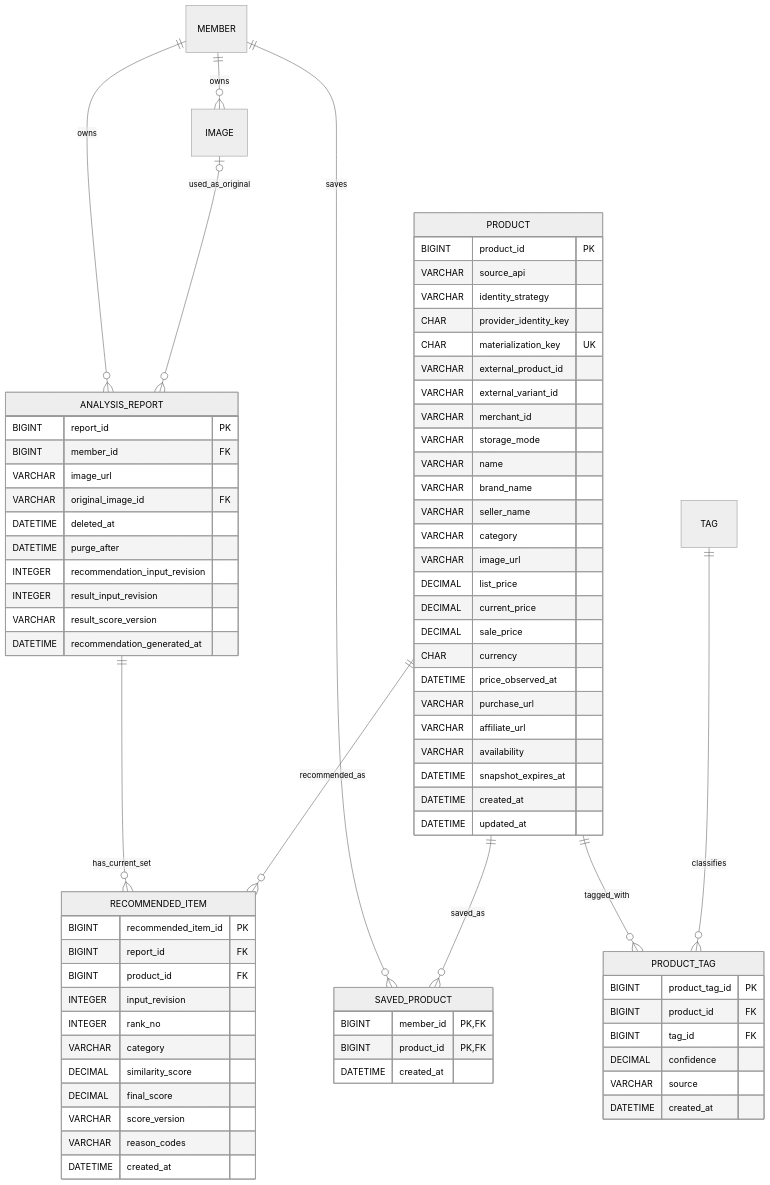
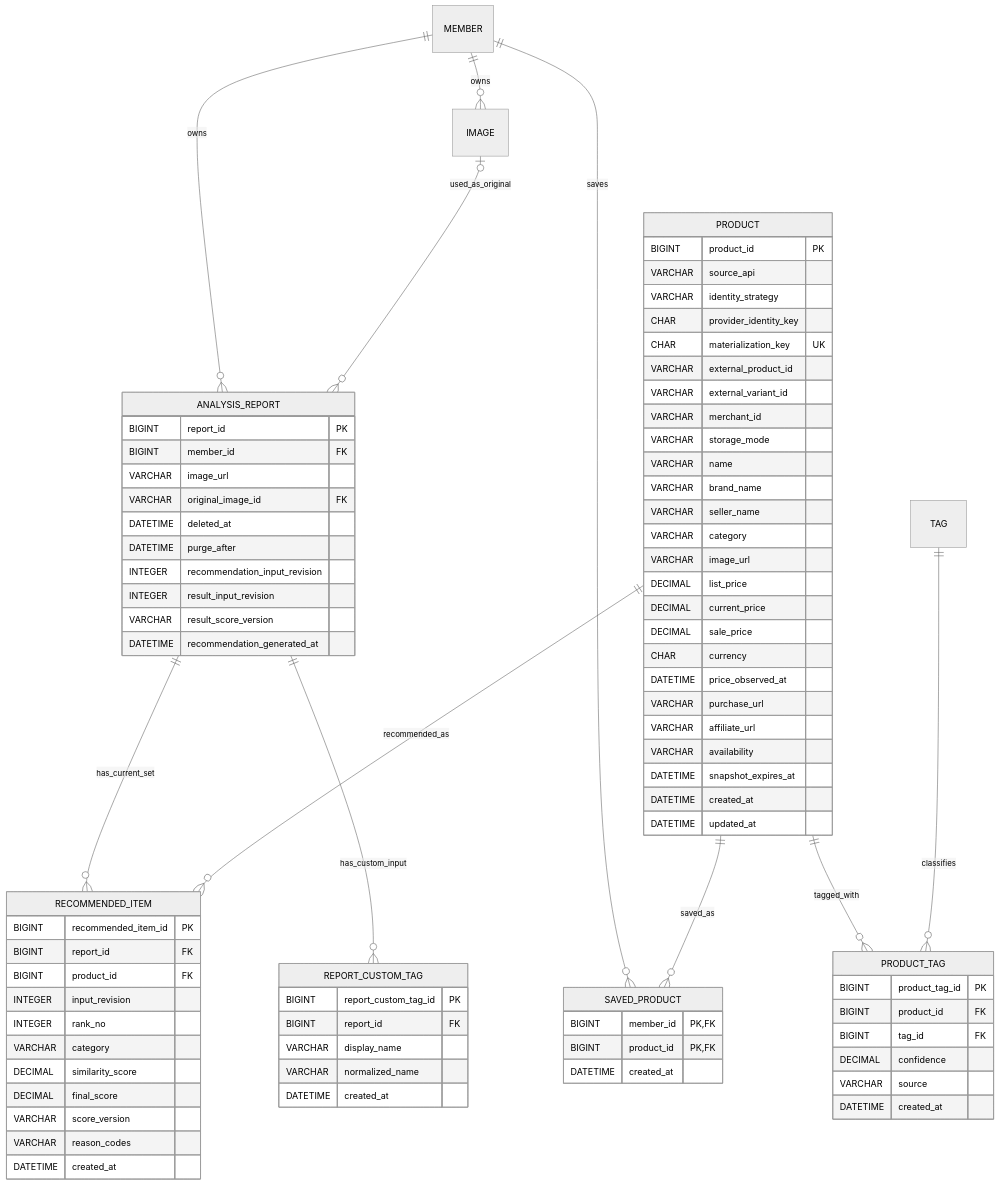
The diagram in docs/ERD.md (FIT-BACK/backend), drawn with Mermaid (neutral theme) before and after one commit. The commit also changed other lines of this file and 23 other files, not shown here.

```diff
--- a/docs/ERD.md
+++ b/docs/ERD.md
@@ -110,6 +111,7 @@
     MEMBER ||--o{ SAVED_PRODUCT : saves
     MEMBER ||--o{ IMAGE : owns
     ANALYSIS_REPORT ||--o{ RECOMMENDED_ITEM : has_current_set
+    ANALYSIS_REPORT ||--o{ REPORT_CUSTOM_TAG : has_custom_input
     IMAGE o|--o{ ANALYSIS_REPORT : used_as_original
     PRODUCT ||--o{ RECOMMENDED_ITEM : recommended_as
     PRODUCT ||--o{ SAVED_PRODUCT : saved_as
@@ -173,6 +175,14 @@
         DATETIME created_at
     }
 
+    REPORT_CUSTOM_TAG {
+        BIGINT report_custom_tag_id PK
+        BIGINT report_id FK
+        VARCHAR display_name
+        VARCHAR normalized_name
+        DATETIME created_at
+    }
+
     SAVED_PRODUCT {
         BIGINT member_id PK,FK
         BIGINT product_id PK,FK
```
